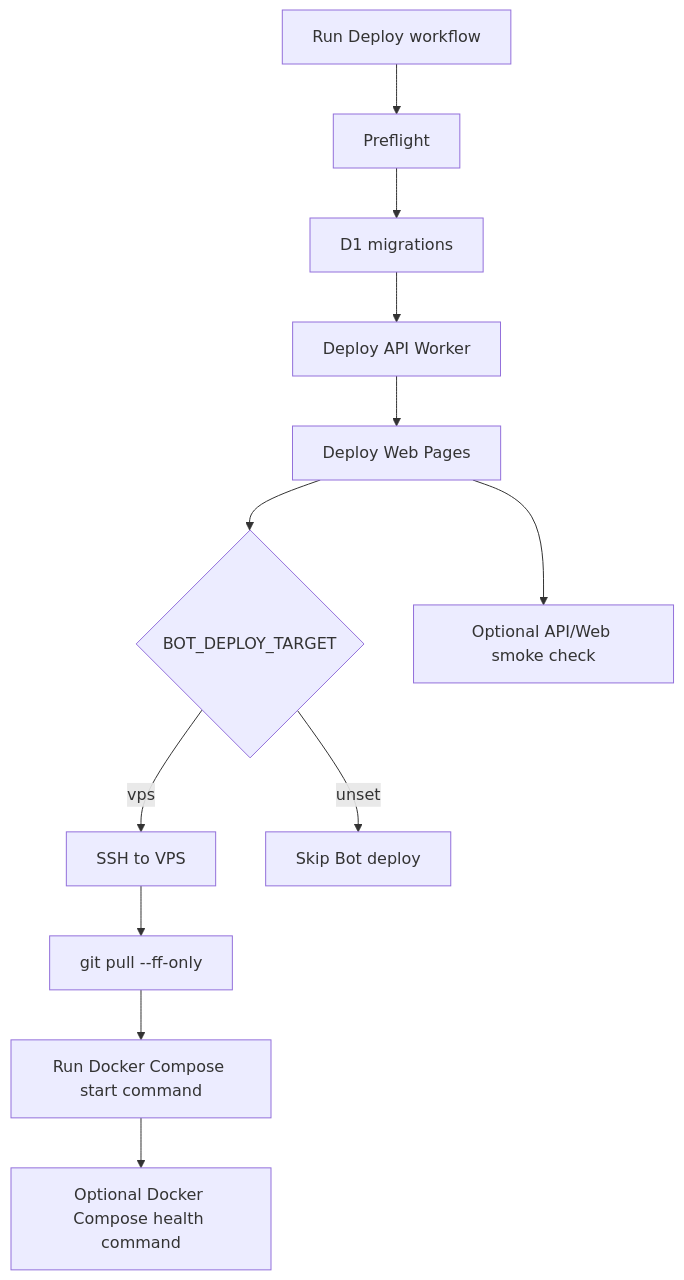
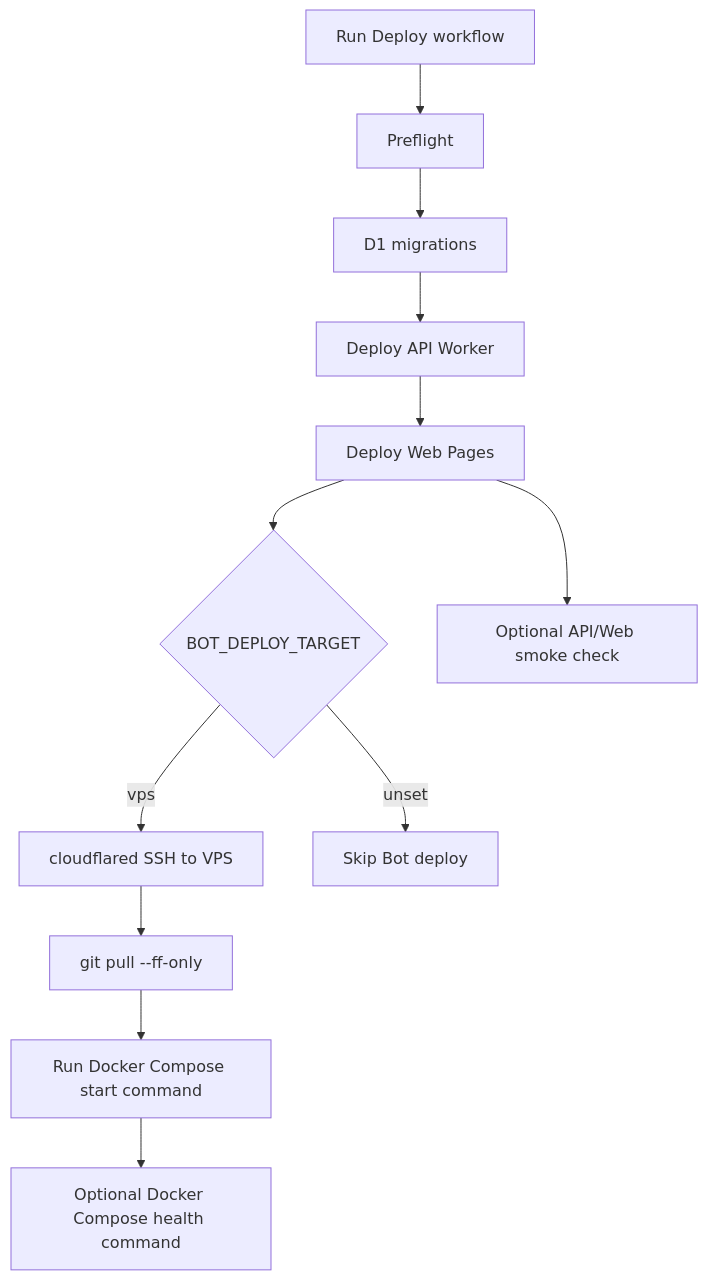
Before and after one commit to WakuwakuP/dc-chatbot: the diagram in docs/deploy/github-actions-cloudflare-vps.md, drawn with Mermaid. The commit also changed other lines of this file and 2 other files, not shown here.

Commit message:
Cloudflare Tunnel SSH で VPS 配備を更新

````diff
--- a/docs/deploy/github-actions-cloudflare-vps.md
+++ b/docs/deploy/github-actions-cloudflare-vps.md
@@ -29,14 +29,14 @@
 ```mermaid
 flowchart TD
     trigger[Run Deploy workflow] --> preflight[Preflight]
     preflight --> d1[D1 migrations]
     d1 --> api[Deploy API Worker]
     api --> web[Deploy Web Pages]
     web --> bot{BOT_DEPLOY_TARGET}
-    bot -->|vps| ssh[SSH to VPS]
+    bot -->|vps| ssh[cloudflared SSH to VPS]
     ssh --> pull[git pull --ff-only]
     pull --> start[Run Docker Compose start command]
     start --> botHealth[Optional Docker Compose health command]
     bot -->|unset| skip[Skip Bot deploy]
     web --> smoke[Optional API/Web smoke check]
 ```
````
